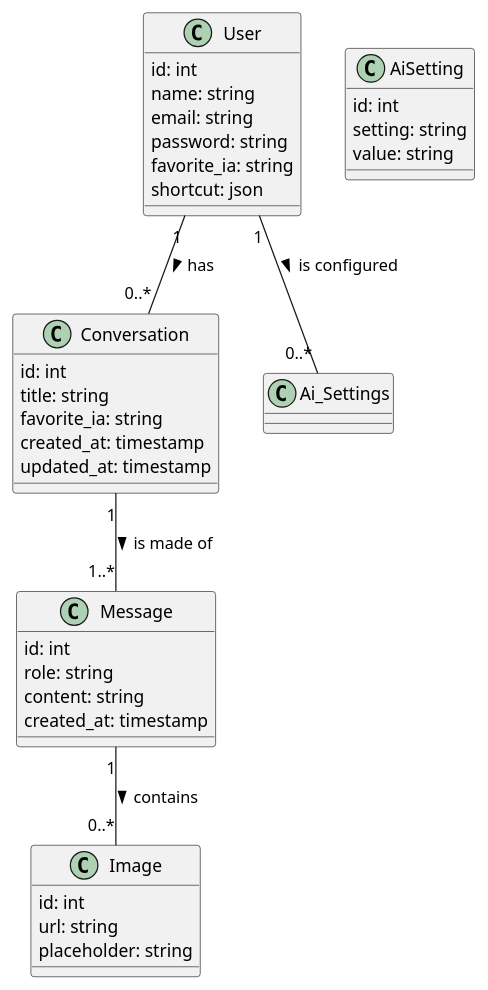
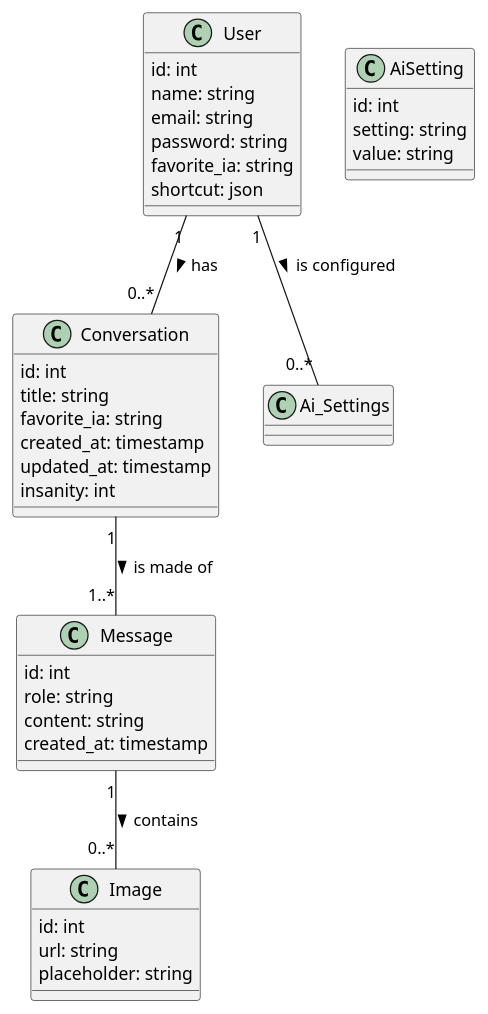
One commit to AlphaXZero/AI_Chat changed the diagram in docs/class_diagram.puml. Above: the diagram before and after it, drawn with PlantUML. The commit also changed 3 other files, not shown here.

```diff
--- a/docs/class_diagram.puml
+++ b/docs/class_diagram.puml
@@ -1,39 +1,40 @@
 @startuml
 class User {
   id: int
   name: string
   email: string
   password: string
   favorite_ia: string
   shortcut: json
   ' Structure du shortcut (tableau d'objets) :
   ' [{ "shortcut": "hi", "command": "hello " }, ...]
 }
 class AiSetting {
   id: int
   setting: string
   value: string
 }
 class Conversation {
   id: int
   title: string
   favorite_ia: string
   created_at: timestamp
   updated_at: timestamp
+  insanity: int
 }
 class Message {
   id: int
   role: string
   content: string
   created_at: timestamp
 }
 class Image {
   id: int
   url: string
   placeholder: string
 }
 User "1" -- "0..*" Conversation : has >
 User "1" -- "0..*" Ai_Settings : is configured >
 Conversation "1" -- "1..*" Message : is made of >
 Message "1" -- "0..*" Image : contains >
 @enduml
```
